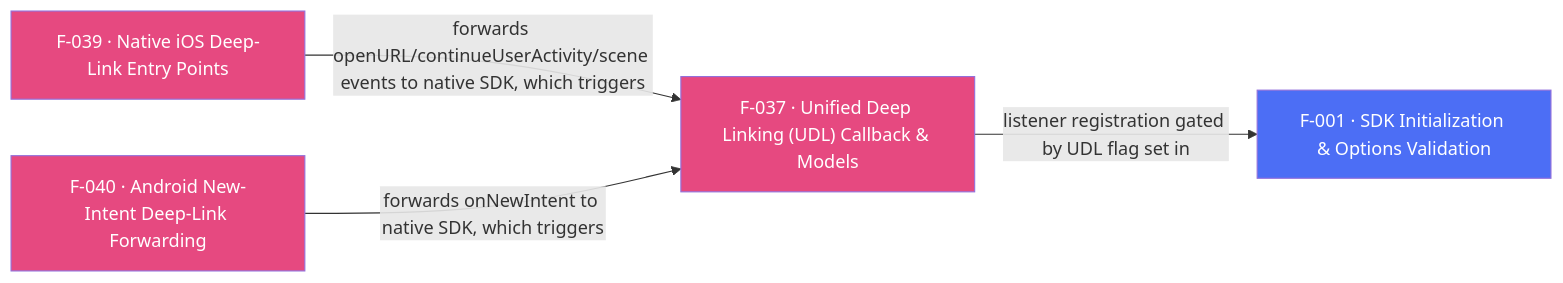
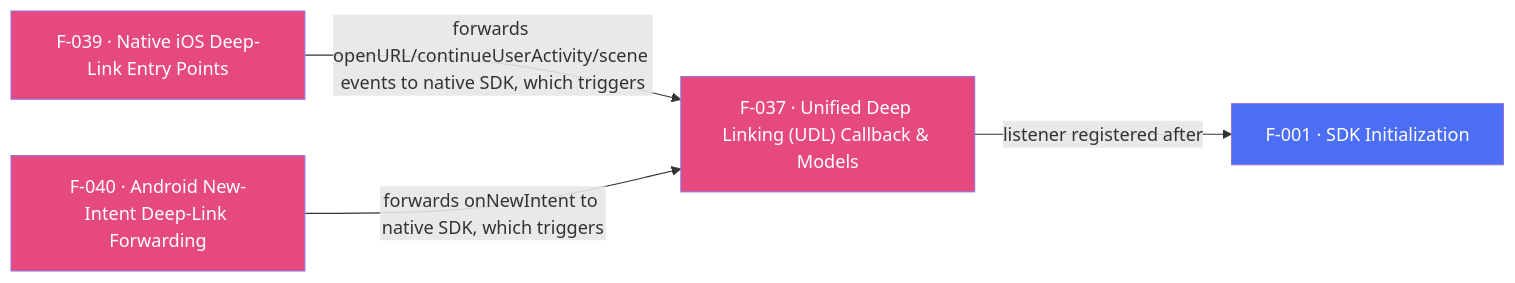
The diagram in internal-docs/features/F-037-unified-deep-linking-callback-and-models.md (AppsFlyerSDK/appsflyer-flutter-plugin), drawn with Mermaid before and after one commit. The commit also changed other lines of this file and 101 other files, not shown here.

Commit message:
[DELIVERY-125863] Migrate Flutter plugin to AppsFlyer SDK 7 RPC architecture

````diff
--- a/internal-docs/features/F-037-unified-deep-linking-callback-and-models.md
+++ b/internal-docs/features/F-037-unified-deep-linking-callback-and-models.md
@@ -79,8 +91,8 @@
 ```mermaid
 flowchart LR
-    F037["F-037 · Unified Deep Linking (UDL) Callback & Models"]:::deepLinking -->|"listener registration gated by UDL flag set in"| F001["F-001 · SDK Initialization & Options Validation"]:::sdkCore
+    F037["F-037 · Unified Deep Linking (UDL) Callback & Models"]:::deepLinking -->|"listener registered after"| F001["F-001 · SDK Initialization"]:::sdkCore
     F039["F-039 · Native iOS Deep-Link Entry Points"]:::deepLinking -->|"forwards openURL/continueUserActivity/scene events to native SDK, which triggers"| F037
     F040["F-040 · Android New-Intent Deep-Link Forwarding"]:::deepLinking -->|"forwards onNewIntent to native SDK, which triggers"| F037
     classDef deepLinking fill:#E64980,color:#fff
     classDef sdkCore fill:#4C6EF5,color:#fff
 ```
````
